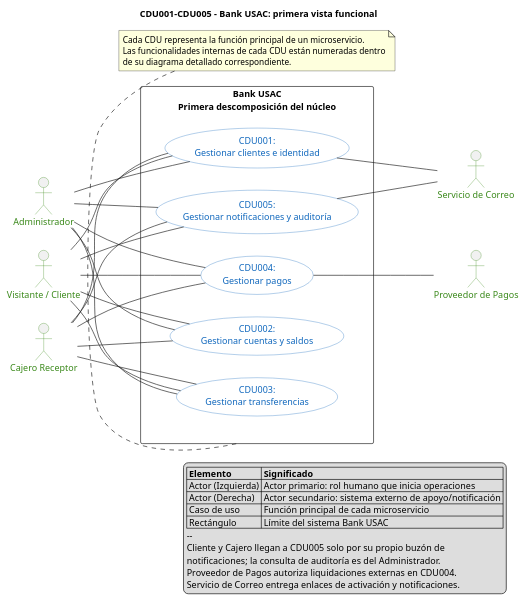
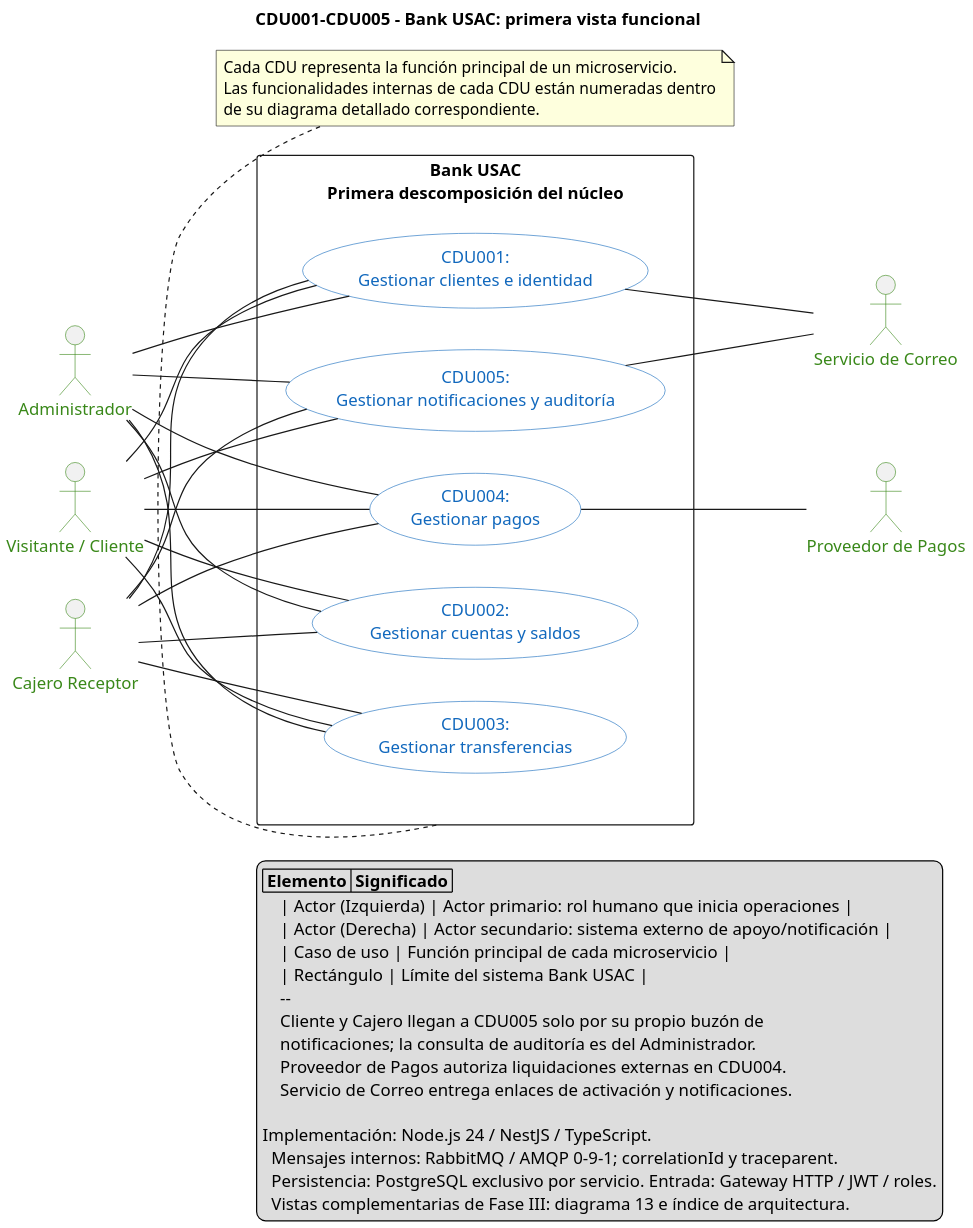
The diagram in docs/architecture/diagrams/cdu/01-primera-descomposicion.puml (marcosbondel/Proyecto-SA-B-2), drawn with PlantUML before and after one commit. The commit also changed 74 other files, not shown here.

Commit message:
docs(cdu-er): actualizar casos de uso UML nativos, flujos de negocio y modelos ER fisicos

```diff
--- a/docs/architecture/diagrams/cdu/01-primera-descomposicion.puml
+++ b/docs/architecture/diagrams/cdu/01-primera-descomposicion.puml
@@ -1,76 +1,82 @@
 @startuml 01-primera-descomposicion
 left to right direction
 
 title CDU001-CDU005 - Bank USAC: primera vista funcional
 
 skinparam shadowing false
+skinparam dpi 180
 skinparam packageStyle rectangle
 skinparam usecase {
     BackgroundColor #FFFFFF
     BorderColor #1168BD
     FontColor #1168BD
 }
 skinparam actor {
     BorderColor #398819
     FontColor #398819
 }
 
 ' Actores primarios (iniciadores humanos del negocio)
 actor "Visitante / Cliente" as cliente
 actor "Cajero Receptor" as cajero
 actor "Administrador" as admin
 
 rectangle "Bank USAC\nPrimera descomposición del núcleo" as bank {
     usecase "CDU001:\nGestionar clientes e identidad" as customer
     usecase "CDU002:\nGestionar cuentas y saldos" as account
     usecase "CDU003:\nGestionar transferencias" as transaction
     usecase "CDU004:\nGestionar pagos" as payment
     usecase "CDU005:\nGestionar notificaciones y auditoría" as audit
 }
 
 ' Actores secundarios (sistemas externos de soporte)
 actor "Proveedor de Pagos" as proveedorPagos
 actor "Servicio de Correo" as correo
 
 cliente -- customer
 cliente -- account
 cliente -- transaction
 cliente -- payment
 cliente -- audit
 
 cajero -- customer
 cajero -- account
 cajero -- transaction
 cajero -- payment
 cajero -- audit
 
 admin -- customer
 admin -- account
 admin -- transaction
 admin -- payment
 admin -- audit
 
 ' Conexiones hacia actores secundarios externos
 payment -- proveedorPagos
 audit -- correo
 customer -- correo
 
 note bottom of bank
     Cada CDU representa la función principal de un microservicio.
     Las funcionalidades internas de cada CDU están numeradas dentro
     de su diagrama detallado correspondiente.
 end note
 
 legend right
-    |= Elemento |= Significado |
+|= Elemento |= Significado |
     | Actor (Izquierda) | Actor primario: rol humano que inicia operaciones |
     | Actor (Derecha) | Actor secundario: sistema externo de apoyo/notificación |
     | Caso de uso | Función principal de cada microservicio |
     | Rectángulo | Límite del sistema Bank USAC |
     --
     Cliente y Cajero llegan a CDU005 solo por su propio buzón de
     notificaciones; la consulta de auditoría es del Administrador.
     Proveedor de Pagos autoriza liquidaciones externas en CDU004.
     Servicio de Correo entrega enlaces de activación y notificaciones.
+
+Implementación: Node.js 24 / NestJS / TypeScript.
+  Mensajes internos: RabbitMQ / AMQP 0-9-1; correlationId y traceparent.
+  Persistencia: PostgreSQL exclusivo por servicio. Entrada: Gateway HTTP / JWT / roles.
+  Vistas complementarias de Fase III: diagrama 13 e índice de arquitectura.
 endlegend
 @enduml
```
